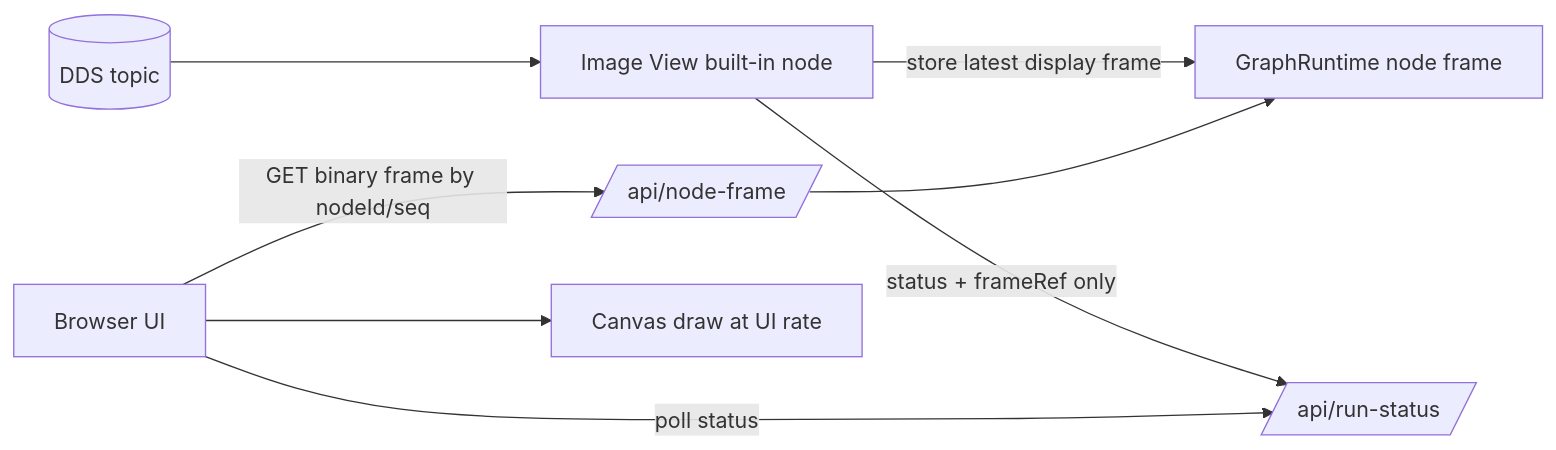
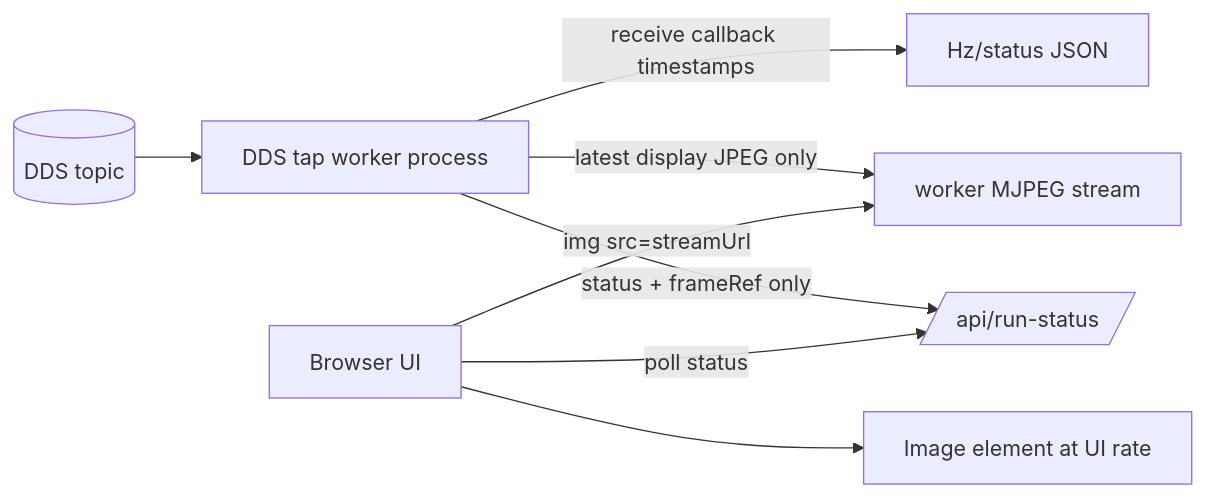
The sixth of 6 diagrams in ARCHITECTURE.md (tatsuyai713/lwrclpy-web-node-editor), drawn with Mermaid before and after one commit. The commit also changed other lines of this file and 8 other files, not shown here.

````diff
--- a/ARCHITECTURE.md
+++ b/ARCHITECTURE.md
@@ -184,10 +181,10 @@
 ```mermaid
 flowchart LR
-  DDS[(DDS topic)] --> ImageView[Image View built-in node]
-  ImageView -->|store latest display frame| FrameStore[GraphRuntime node frame]
-  ImageView -->|status + frameRef only| RunStatus[/api/run-status/]
+  DDS[(DDS topic)] --> TapWorker[DDS tap worker process]
+  TapWorker -->|receive callback timestamps| HzStatus[Hz/status JSON]
+  TapWorker -->|latest display JPEG only| Stream[worker MJPEG stream]
+  TapWorker -->|status + frameRef only| RunStatus[/api/run-status/]
   Browser[Browser UI] -->|poll status| RunStatus
-  Browser -->|GET binary frame by nodeId/seq| NodeFrame[/api/node-frame/]
-  NodeFrame --> FrameStore
-  Browser --> Canvas[Canvas draw at UI rate]
+  Browser -->|img src=streamUrl| Stream
+  Browser --> Display[Image element at UI rate]
 ```
````
